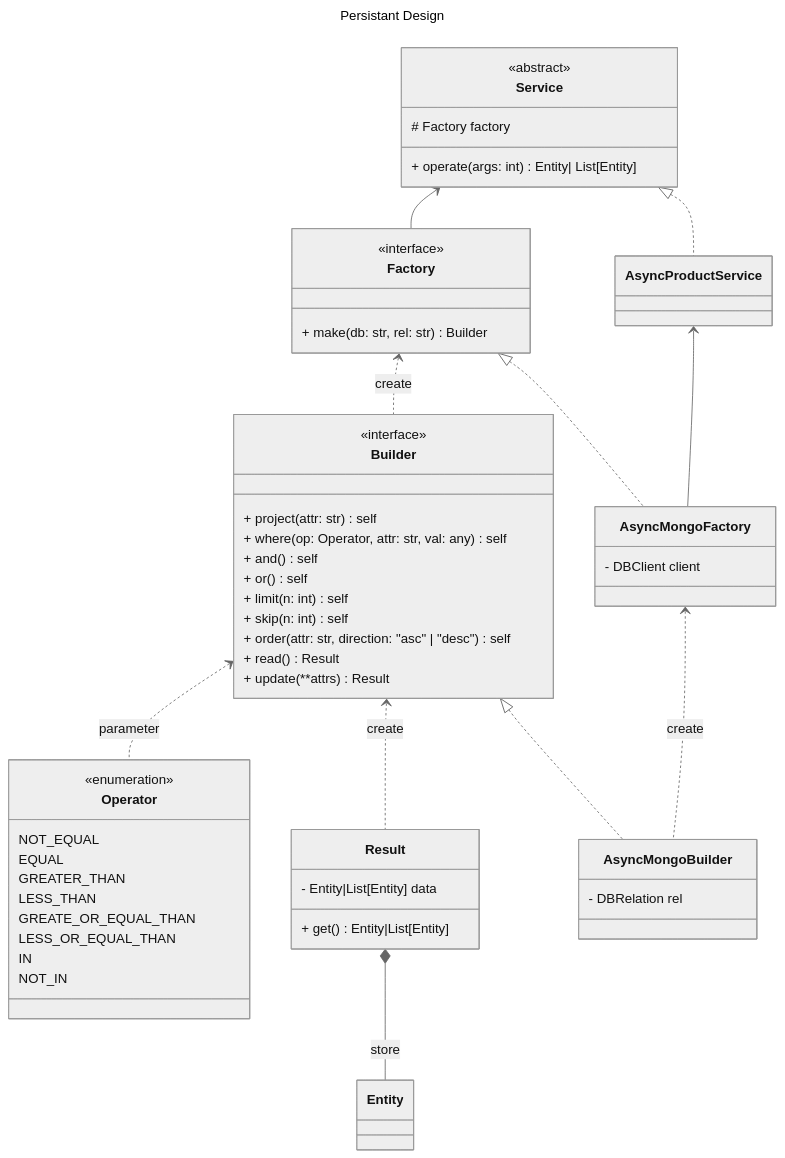
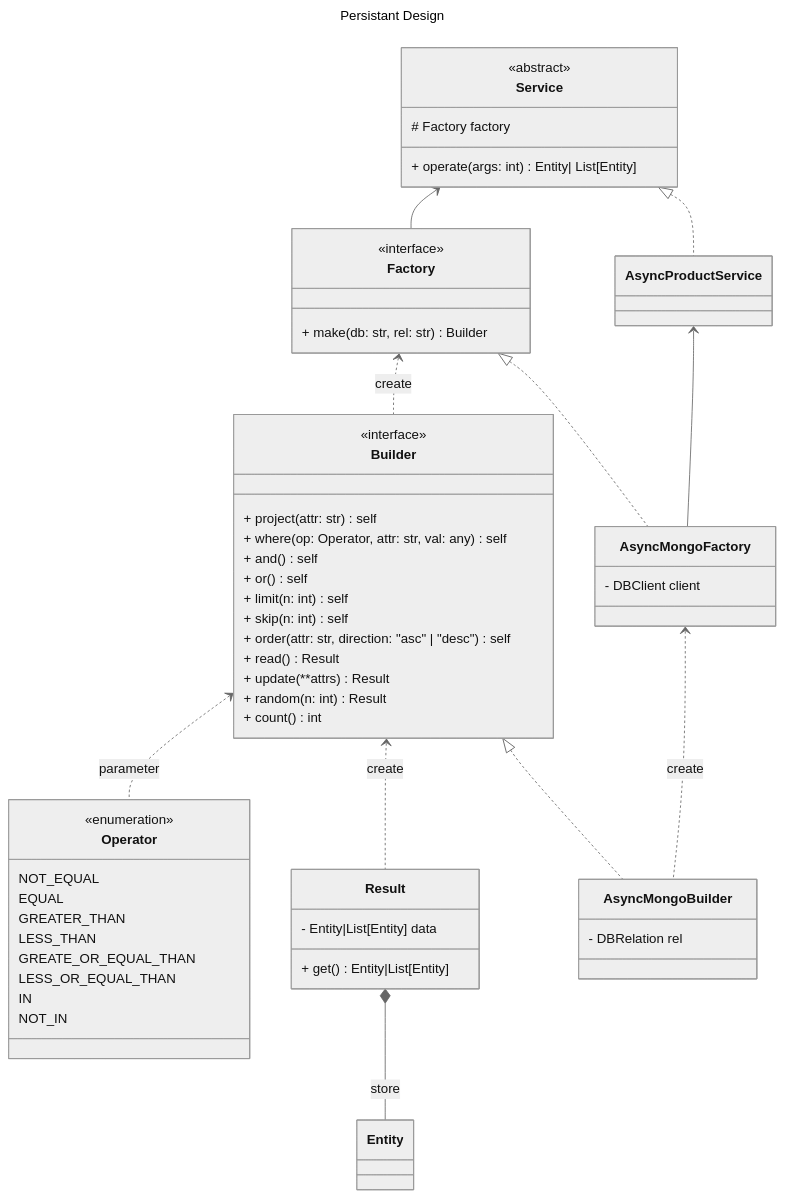
The diagram in architecture/persistant.md (KU-Capstone-Design/pyoniverse-api), drawn with Mermaid (neutral theme) before and after one commit. The commit also changed 16 other files, not shown here.

````diff
--- a/architecture/persistant.md
+++ b/architecture/persistant.md
@@ -9,56 +9,58 @@
 ```mermaid
 ---
 title: Persistant Design
 ---
 classDiagram
     class Service {
         <<abstract>>
         # Factory factory
         + operate(args: int) Entity| List[Entity]
     }
     class Factory {
         <<interface>>
         + make(db: str, rel: str) Builder
     }
     class Builder {
         <<interface>>
         + project(attr: str) self
         + where(op: Operator, attr: str, val: any) self
         + and() self
         + or() self
         + limit(n: int) self
         + skip(n: int) self
         + order(attr: str, direction: "asc" | "desc") self
         + read() Result
         + update(**attrs) Result
+        + random(n: int) Result
+        + count() int
     }
     class Operator {
         <<enumeration>>
         NOT_EQUAL
         EQUAL
         GREATER_THAN
         LESS_THAN
         GREATE_OR_EQUAL_THAN
         LESS_OR_EQUAL_THAN
         IN
         NOT_IN
     }
     class Result {
         - Entity|List[Entity] data
         + get() Entity|List[Entity]
     }
 
     Service <-- Factory
     Factory <.. Builder: create
     Builder <.. Result: create
     Builder <.. Operator: parameter
     Result *-- Entity: store
 
     Service <|.. AsyncProductService
     Factory <|.. AsyncMongoFactory
     AsyncMongoFactory: - DBClient client
     Builder <|.. AsyncMongoBuilder
     AsyncMongoBuilder: - DBRelation rel
     AsyncProductService <-- AsyncMongoFactory
     AsyncMongoFactory <.. AsyncMongoBuilder: create
 ```
````
